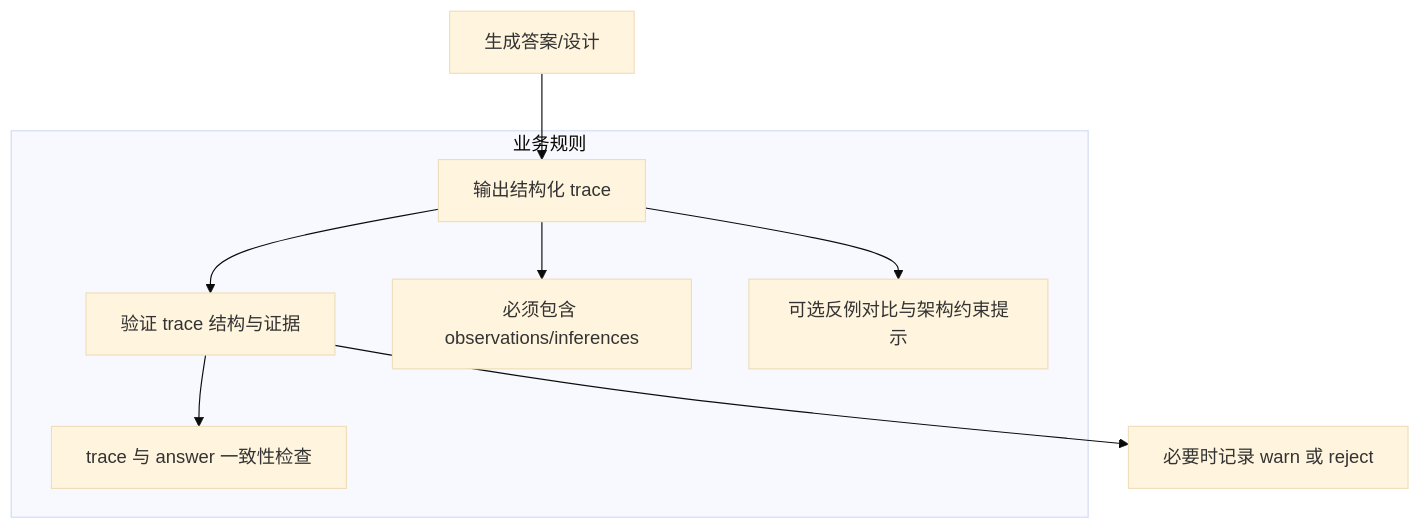
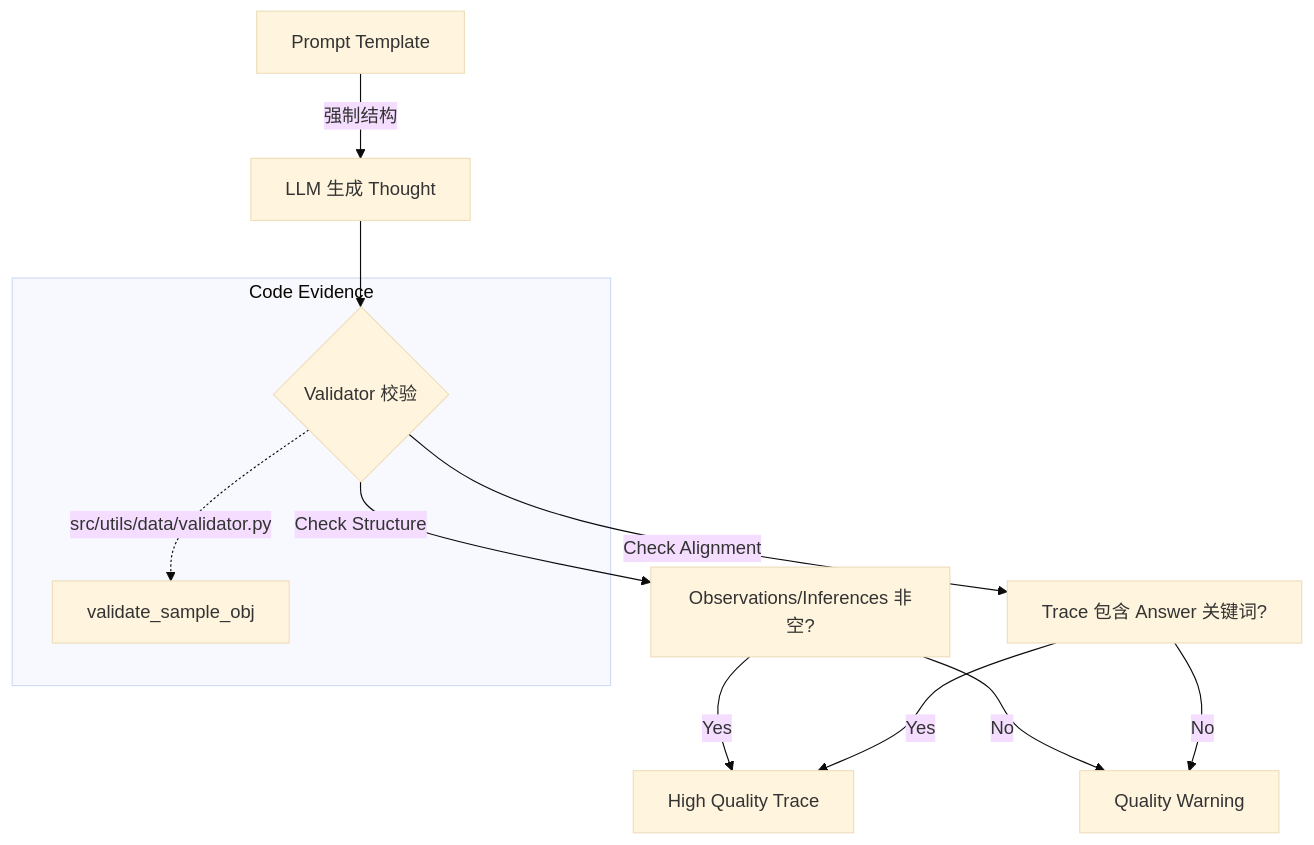
Before and after one commit to FlutteryEmbers/intelligent_code: the diagram in docs/features/03_quality/reasoning_trace_quality.md, drawn with Mermaid (base theme). The commit also changed other lines of this file and 8 other files, not shown here.

````diff
--- a/docs/features/03_quality/reasoning_trace_quality.md
+++ b/docs/features/03_quality/reasoning_trace_quality.md
@@ -44,12 +68,13 @@
 ```mermaid
 flowchart TD
-  A[生成答案/设计] --> B[输出结构化 trace]
-  B --> C[验证 trace 结构与证据]
-  C --> D[必要时记录 warn 或 reject]
+  A[Prompt Template] --> |强制结构| B[LLM 生成 Thought]
+  B --> C{Validator 校验}
+  C --> |Check Structure| D[Observations/Inferences 非空?]
+  C --> |Check Alignment| E[Trace 包含 Answer 关键词?]
+  D & E -- Yes --> F[High Quality Trace]
+  D & E -- No --> G[Quality Warning]
 
-  subgraph 业务规则
-    B --> B1[必须包含 observations/inferences]
-    B --> B2[可选反例对比与架构约束提示]
-    C --> C1[trace 与 answer 一致性检查]
+  subgraph Code Evidence
+    C -.-> |src/utils/data/validator.py| val[validate_sample_obj]
   end
 ```
````
